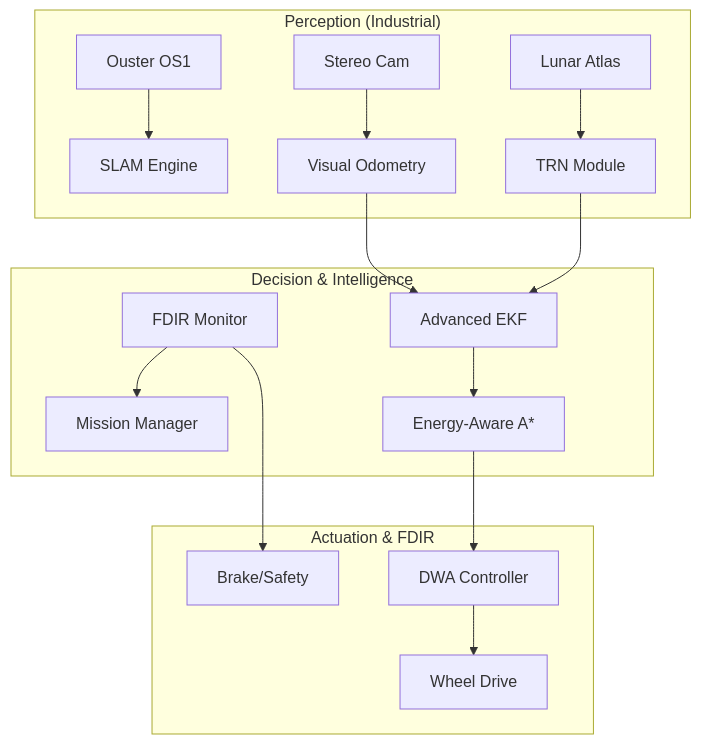
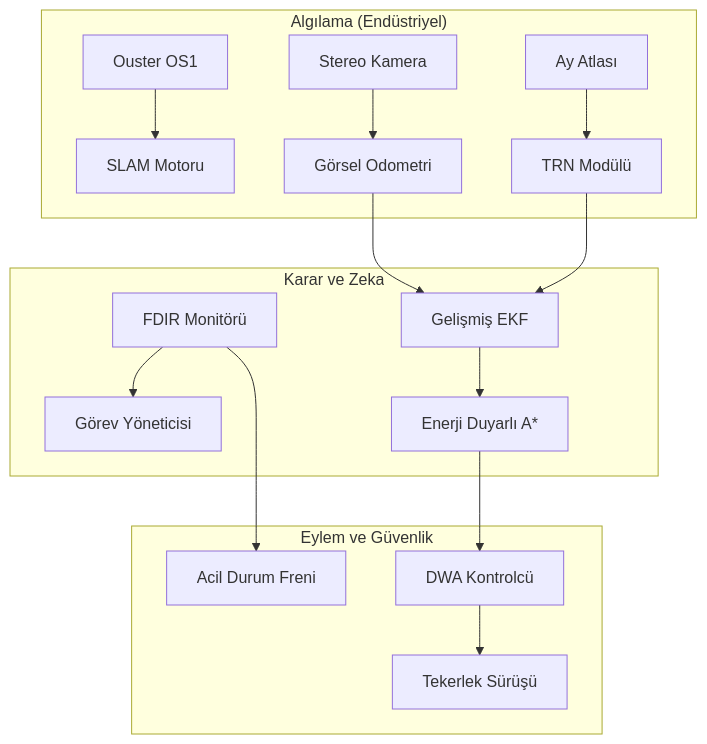
Before and after one commit to arch-yunus/Ay-Otonom-Navigasyon: the diagram in README.md, drawn with Mermaid. The commit also changed other lines of this file and 6 other files, not shown here.

````diff
--- a/README.md
+++ b/README.md
@@ -27,21 +27,21 @@
 ```mermaid
 graph TD
-    subgraph "Perception (Industrial)"
-        LiDAR[Ouster OS1] --> SLAM[SLAM Engine]
-        Cam[Stereo Cam] --> VO[Visual Odometry]
-        Atlas[Lunar Atlas] --> TRN[TRN Module]
+    subgraph "Algılama (Endüstriyel)"
+        LiDAR[Ouster OS1] --> SLAM[SLAM Motoru]
+        Cam[Stereo Kamera] --> VO[Görsel Odometri]
+        Atlas[Ay Atlası] --> TRN[TRN Modülü]
     end
 
-    subgraph "Decision & Intelligence"
-        FDIR[FDIR Monitor] --> MM[Mission Manager]
-        TRN --> EKF[Advanced EKF]
+    subgraph "Karar ve Zeka"
+        FDIR[FDIR Monitörü] --> MM[Görev Yöneticisi]
+        TRN --> EKF[Gelişmiş EKF]
         VO --> EKF
-        EKF --> Planner[Energy-Aware A*]
+        EKF --> Planner[Enerji Duyarlı A*]
     end
 
-    subgraph "Actuation & FDIR"
-        Planner --> Controller[DWA Controller]
-        Controller --> Drive[Wheel Drive]
-        FDIR --> Emergency[Brake/Safety]
+    subgraph "Eylem ve Güvenlik"
+        Planner --> Controller[DWA Kontrolcü]
+        Controller --> Drive[Tekerlek Sürüşü]
+        FDIR --> Emergency[Acil Durum Freni]
     end
 ```
````
